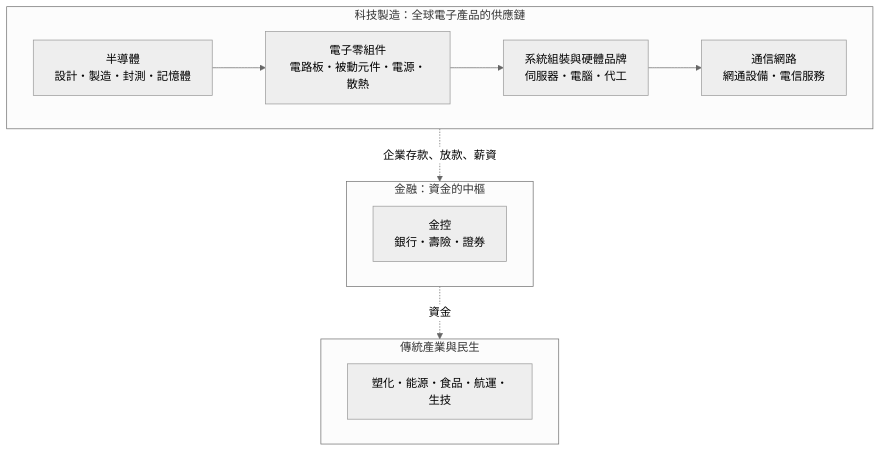
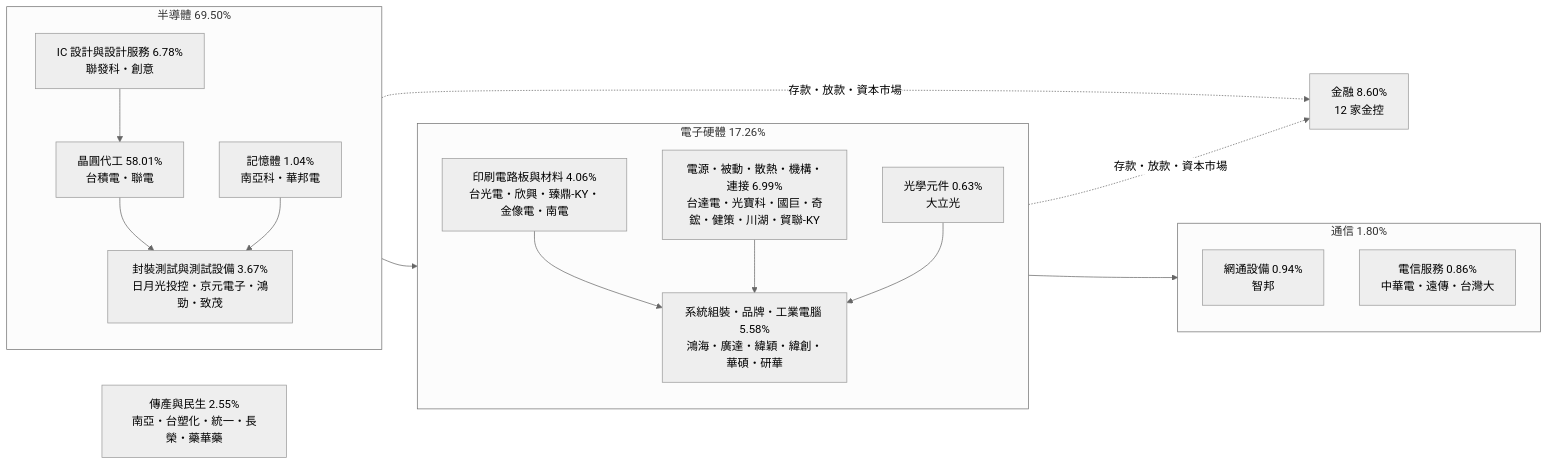
One commit to wangnick1004/taiwan-stock-vault changed the diagram in 0050總覽文/0050總覽文.md. Above: the diagram before and after it, drawn with Mermaid (neutral theme). The commit also changed other lines of this file and 13 other files, not shown here.

````diff
--- a/0050總覽文/0050總覽文.md
+++ b/0050總覽文/0050總覽文.md
@@ -36,17 +120,33 @@
 ```mermaid
-flowchart TB
-    subgraph TECH["科技製造：全球電子產品的供應鏈"]
-        direction LR
-        S["半導體<br/>設計・製造・封測・記憶體"] --> C["電子零組件<br/>電路板・被動元件・電源・散熱"]
-        C --> A["系統組裝與硬體品牌<br/>伺服器・電腦・代工"]
-        A --> N["通信網路<br/>網通設備・電信服務"]
+flowchart LR
+    subgraph SEMI["半導體 69.50%"]
+        direction TB
+        D["IC 設計與設計服務 6.78%<br/>聯發科・創意"]
+        F["晶圓代工 58.01%<br/>台積電・聯電"]
+        M["記憶體 1.04%<br/>南亞科・華邦電"]
+        P["封裝測試與測試設備 3.67%<br/>日月光投控・京元電子・鴻勁・致茂"]
+        D --> F --> P
+        M --> P
     end
-    subgraph FIN["金融：資金的中樞"]
-        F["金控<br/>銀行・壽險・證券"]
+    subgraph HW["電子硬體 17.26%"]
+        direction TB
+        B["印刷電路板與材料 4.06%<br/>台光電・欣興・臻鼎-KY・金像電・南電"]
+        C["電源・被動・散熱・機構・連接 6.99%<br/>台達電・光寶科・國巨・奇鋐・健策・川湖・貿聯-KY"]
+        O["光學元件 0.63%<br/>大立光"]
+        A["系統組裝・品牌・工業電腦 5.58%<br/>鴻海・廣達・緯穎・緯創・華碩・研華"]
+        B --> A
+        C --> A
+        O --> A
     end
-    subgraph TRAD["傳統產業與民生"]
-        T["塑化・能源・食品・航運・生技"]
+    subgraph NET["通信 1.80%"]
+        direction TB
+        N1["網通設備 0.94%<br/>智邦"]
+        N2["電信服務 0.86%<br/>中華電・遠傳・台灣大"]
     end
-    TECH -. 企業存款、放款、薪資 .-> FIN
-    FIN -. 資金 .-> TRAD
+    FIN["金融 8.60%<br/>12 家金控"]
+    TRAD["傳產與民生 2.55%<br/>南亞・台塑化・統一・長榮・藥華藥"]
+    P --> A
+    A --> N1
+    SEMI -. 存款・放款・資本市場 .-> FIN
+    HW -. 存款・放款・資本市場 .-> FIN
 ```
````
